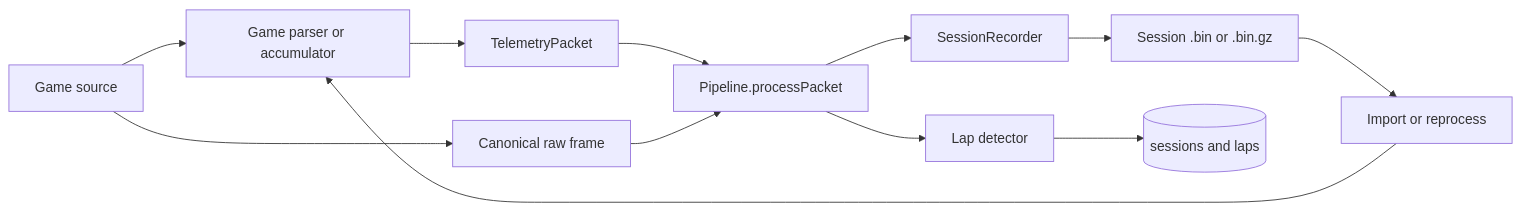
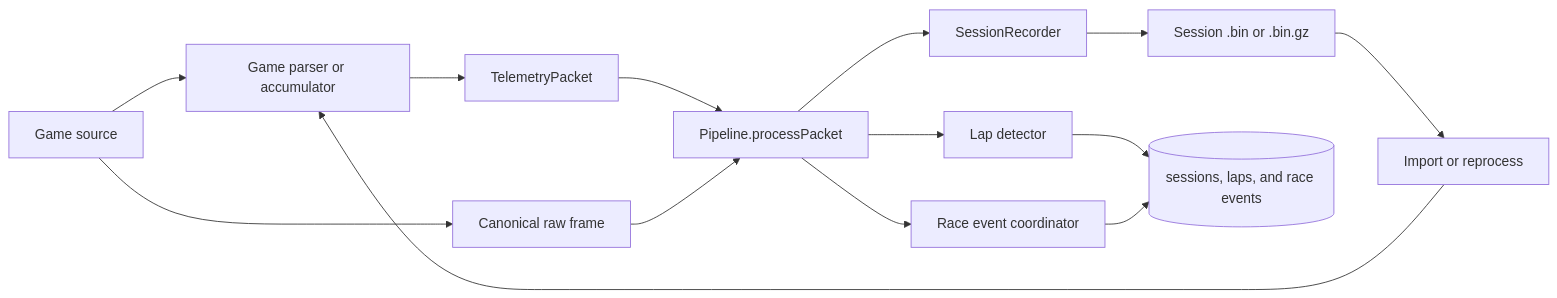
Before and after one commit to SpeedHQ/RaceIQ: the diagram in docs/architecture/telemetry-recording.md, drawn with Mermaid. The commit also changed other lines of this file and 104 other files, not shown here.

Commit message:
feat(race-events): add durable session timeline

````diff
--- a/docs/architecture/telemetry-recording.md
+++ b/docs/architecture/telemetry-recording.md
@@ -7,14 +7,16 @@
 ```mermaid
 graph LR
   Source[Game source] --> Adapter[Game parser or accumulator]
   Adapter --> Packet[TelemetryPacket]
   Source --> Raw[Canonical raw frame]
   Packet --> Pipeline[Pipeline.processPacket]
   Raw --> Pipeline
   Pipeline --> Recorder[SessionRecorder]
   Pipeline --> Detector[Lap detector]
+  Pipeline --> Events[Race event coordinator]
   Recorder --> Bin[Session .bin or .bin.gz]
-  Detector --> DB[(sessions and laps)]
+  Detector --> DB[(sessions, laps, and race events)]
+  Events --> DB
   Bin --> Replay[Import or reprocess]
   Replay --> Adapter
 ```
````
